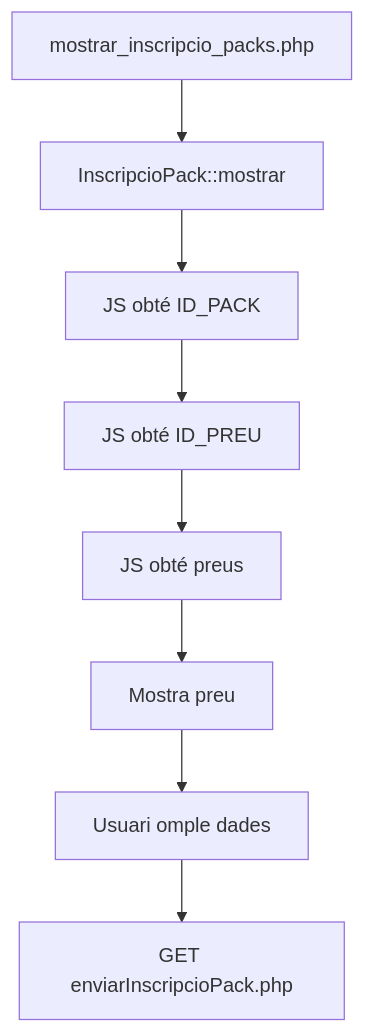
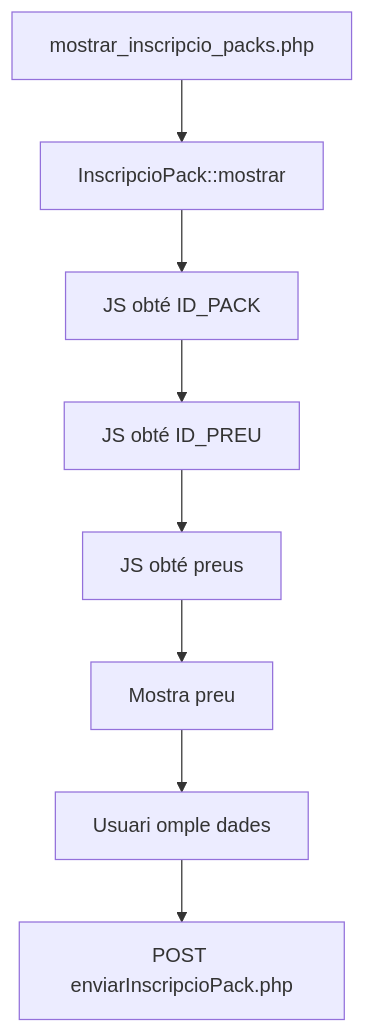
Before and after one commit to orgmeriemprismacat-del/verifactu: the fifth of 20 diagrams in documentacio/07-uml-integrat/uc-015-activitats-pagines-pack-actual-final.md, drawn with Mermaid. The commit also changed other lines of this file, not shown here.

Commit message:
docs(UC-015): actualitzar activitats alta PACK a POST

````diff
--- a/documentacio/07-uml-integrat/uc-015-activitats-pagines-pack-actual-final.md
+++ b/documentacio/07-uml-integrat/uc-015-activitats-pagines-pack-actual-final.md
@@ -72,10 +72,10 @@
 ```mermaid
 flowchart TD
 A[mostrar_inscripcio_packs.php] --> B[InscripcioPack::mostrar]
 B --> C[JS obté ID_PACK]
 C --> D[JS obté ID_PREU]
 D --> E[JS obté preus]
 E --> F[Mostra preu]
 F --> G[Usuari omple dades]
-G --> H[GET enviarInscripcioPack.php]
+G --> H[POST enviarInscripcioPack.php]
 ```
````
